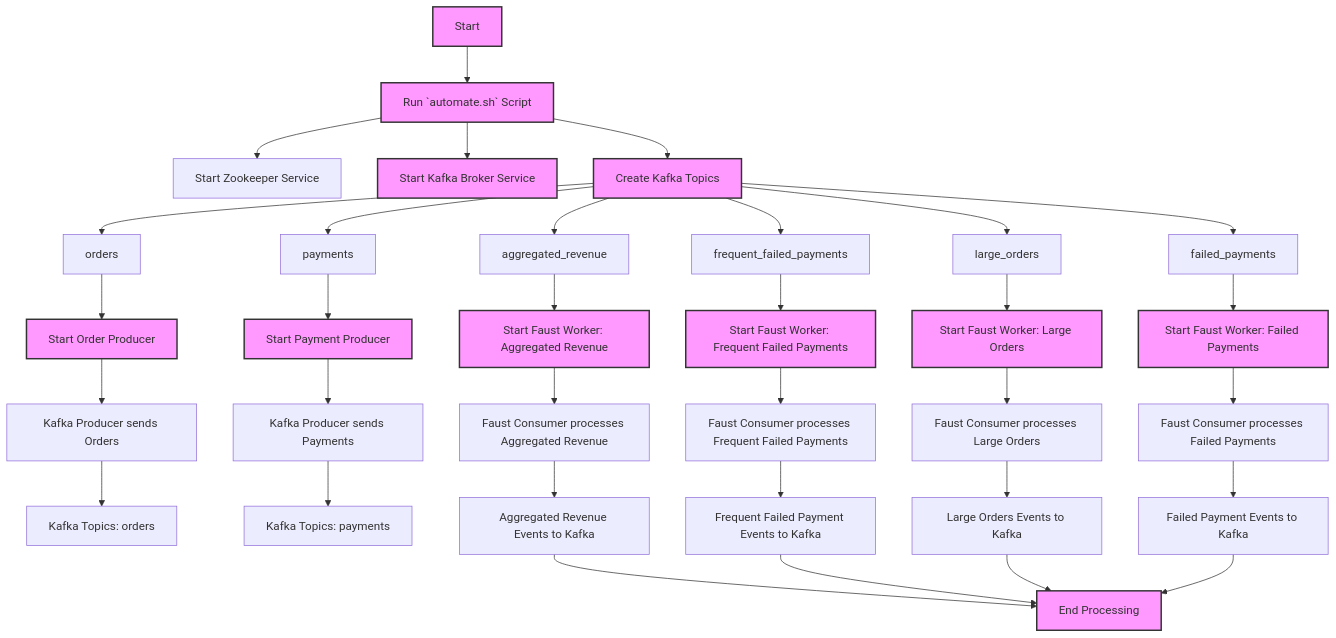
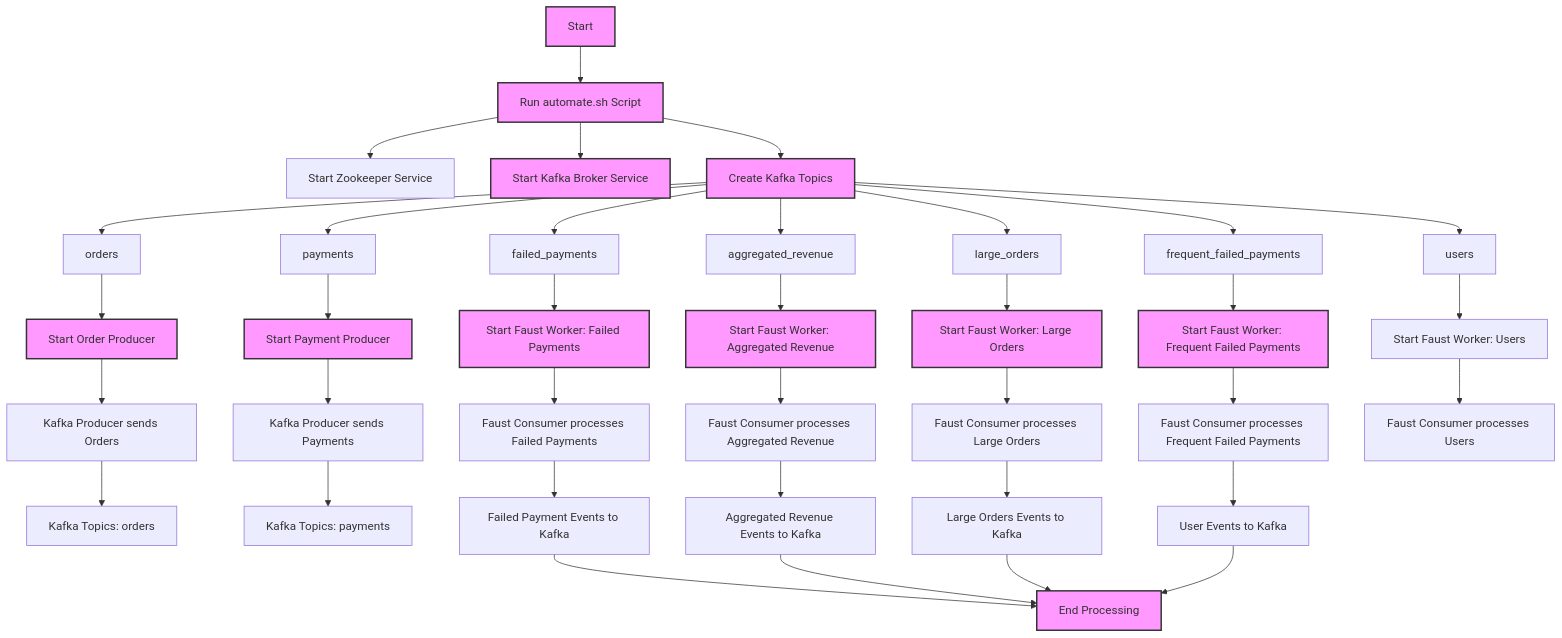
The diagram in README.md (TejasJay/KafkaStream_Faust_KSQL_RealTime_Ecommerce), drawn with Mermaid before and after one commit. The commit also changed other lines of this file, not shown here.

````diff
--- a/README.md
+++ b/README.md
@@ -13,41 +20,44 @@
 ```mermaid
 graph TD;
-    A[Start] --> B[Run `automate.sh` Script];
+    A[Start] --> B[Run automate.sh Script];
     B --> C[Start Zookeeper Service];
     B --> D[Start Kafka Broker Service];
     B --> E[Create Kafka Topics];
     E --> F[orders];
     E --> G[payments];
     E --> H[failed_payments];
     E --> I[aggregated_revenue];
     E --> J[large_orders];
     E --> K[frequent_failed_payments];
-    F --> L[Start Order Producer];
-    G --> M[Start Payment Producer];
-    H --> N[Start Faust Worker: Failed Payments];
-    I --> O[Start Faust Worker: Aggregated Revenue];
-    J --> P[Start Faust Worker: Large Orders];
-    K --> Q[Start Faust Worker: Frequent Failed Payments];
-    L --> R[Kafka Producer sends Orders];
-    M --> S[Kafka Producer sends Payments];
-    N --> T[Faust Consumer processes Failed Payments];
-    O --> U[Faust Consumer processes Aggregated Revenue];
-    P --> V[Faust Consumer processes Large Orders];
-    Q --> W[Faust Consumer processes Frequent Failed Payments];
-    R --> X[Kafka Topics: orders];
-    S --> Y[Kafka Topics: payments];
-    T --> Z[Failed Payment Events to Kafka];
-    U --> AA[Aggregated Revenue Events to Kafka];
-    V --> AB[Large Orders Events to Kafka];
-    W --> AC[Frequent Failed Payment Events to Kafka];
-    AA --> AD[End Processing];
-    AC --> AD;
-    AB --> AD;
-    Z --> AD;
+    E --> L[users]; 
+    F --> M[Start Order Producer];
+    G --> N[Start Payment Producer];
+    H --> O[Start Faust Worker: Failed Payments];
+    I --> P[Start Faust Worker: Aggregated Revenue];
+    J --> Q[Start Faust Worker: Large Orders];
+    K --> R[Start Faust Worker: Frequent Failed Payments];
+    L --> S[Start Faust Worker: Users]; 
+    M --> T[Kafka Producer sends Orders];
+    N --> U[Kafka Producer sends Payments];
+    O --> V[Faust Consumer processes Failed Payments];
+    P --> W[Faust Consumer processes Aggregated Revenue];
+    Q --> X[Faust Consumer processes Large Orders];
+    R --> Y[Faust Consumer processes Frequent Failed Payments];
+    S --> Z[Faust Consumer processes Users];  
+    T --> AA[Kafka Topics: orders];
+    U --> AB[Kafka Topics: payments];
+    V --> AC[Failed Payment Events to Kafka];
+    W --> AD[Aggregated Revenue Events to Kafka];
+    X --> AE[Large Orders Events to Kafka];
+    Y --> AF[User Events to Kafka];  
+    AC --> AG[End Processing];
+    AD --> AG;
+    AE --> AG;
+    AF --> AG;
 
     classDef start_end fill:#f9f,stroke:#333,stroke-width:2px;
-    class A,AD start_end;
+    class A,AG start_end;
     
     classDef process fill:#ccf,stroke:#333,stroke-width:2px;
-    class B,D,E,L,M,N,O,P,Q start_end;
+    class B,D,E,M,N,O,P,Q,R start_end;
 ```
````
